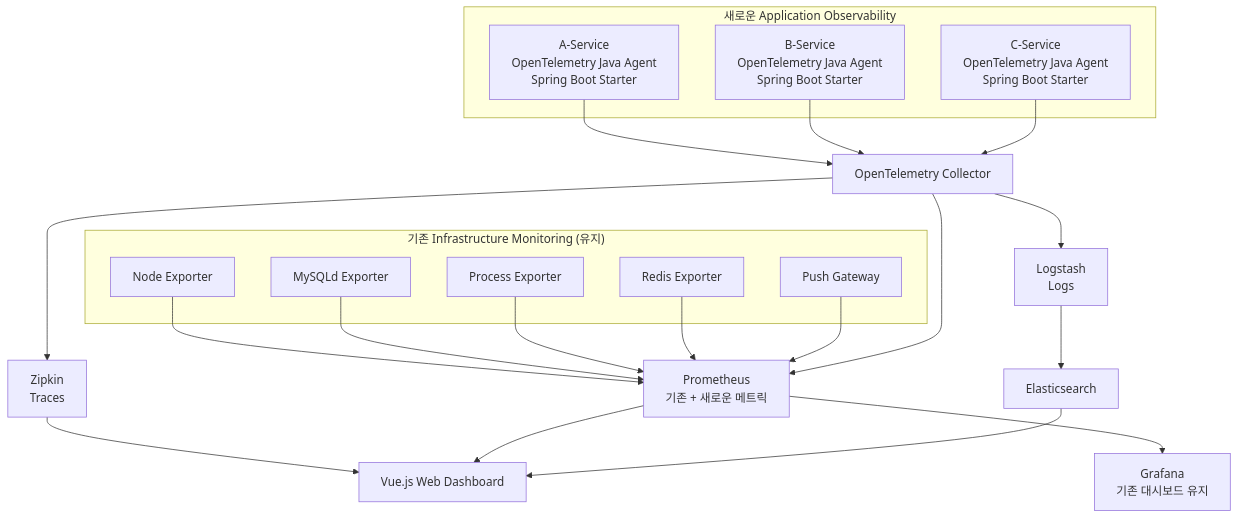
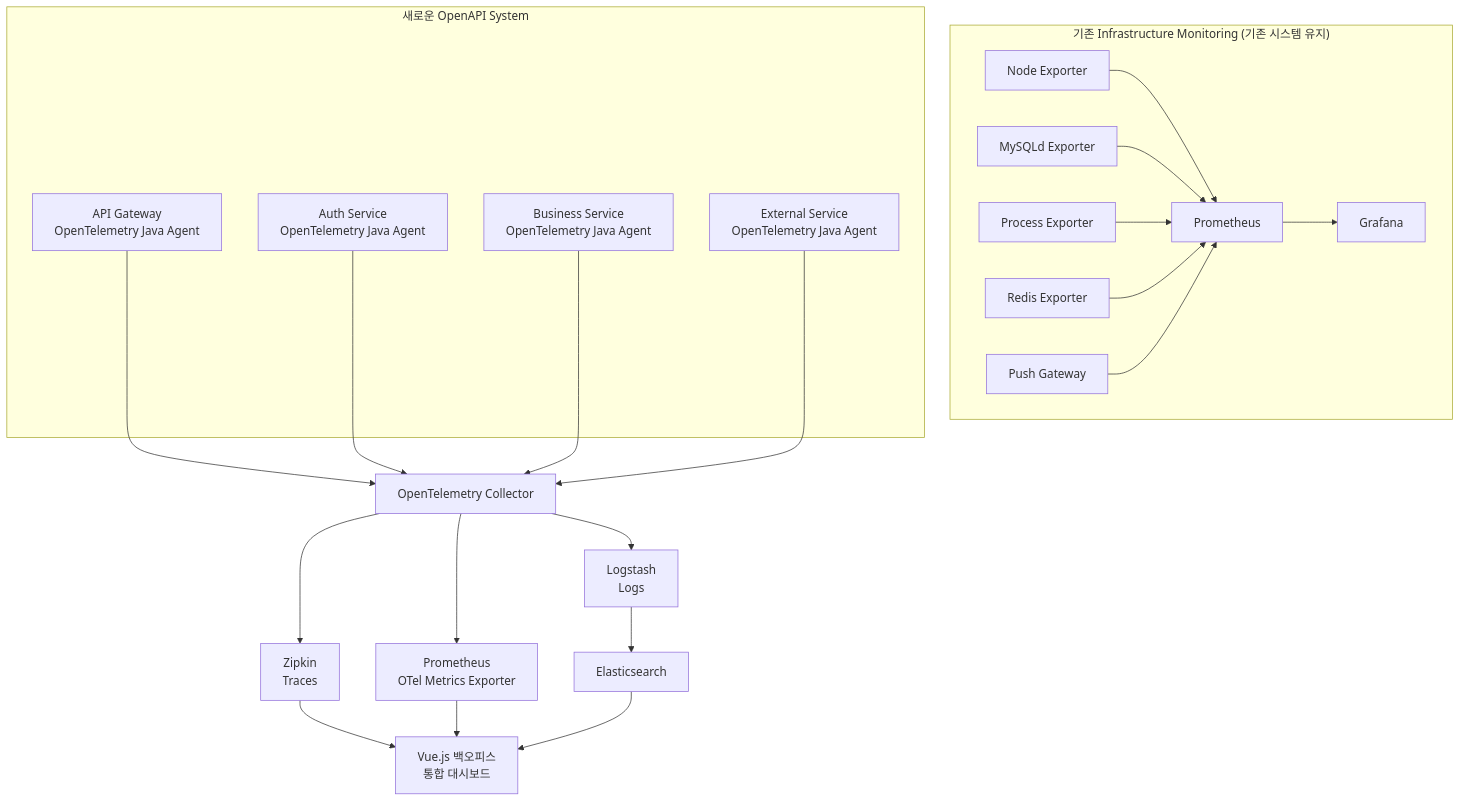
Before and after one commit to jejeeun/blog: the second of 3 diagrams in _posts/2019-08-07-text-and-typography.md, drawn with Mermaid. The commit also changed other lines of this file, not shown here.

````diff
--- a/_posts/2019-08-07-text-and-typography.md
+++ b/_posts/2019-08-07-text-and-typography.md
@@ -89,37 +89,38 @@
 ```mermaid
 graph TB
-    subgraph "기존 Infrastructure Monitoring (유지)"
+    subgraph "기존 Infrastructure Monitoring (기존 시스템 유지)"
         I1[Node Exporter]
-        I2[MySQLd Exporter]
+        I2[MySQLd Exporter] 
         I3[Process Exporter]
         I4[Redis Exporter]
         I5[Push Gateway]
+        I1 --> P1[Prometheus]
+        I2 --> P1
+        I3 --> P1
+        I4 --> P1
+        I5 --> P1
+        P1 --> G1[Grafana]
     end
     
-    subgraph "새로운 Application Observability"
-        A[A-Service<br/>OpenTelemetry Java Agent<br/>Spring Boot Starter]
-        B[B-Service<br/>OpenTelemetry Java Agent<br/>Spring Boot Starter]
-        C[C-Service<br/>OpenTelemetry Java Agent<br/>Spring Boot Starter]
+    subgraph "새로운 OpenAPI System"
+        A[API Gateway<br/>OpenTelemetry Java Agent]
+        B[Auth Service<br/>OpenTelemetry Java Agent]
+        C[Business Service<br/>OpenTelemetry Java Agent]
+        D[External Service<br/>OpenTelemetry Java Agent]
     end
     
-    I1 --> P[Prometheus<br/>기존 + 새로운 메트릭]
-    I2 --> P
-    I3 --> P
-    I4 --> P
-    I5 --> P
+    A --> OC[OpenTelemetry Collector]
+    B --> OC
+    C --> OC  
+    D --> OC
     
-    A --> D[OpenTelemetry Collector]
-    B --> D
-    C --> D
+    OC --> Z[Zipkin<br/>Traces]
+    OC --> P2[Prometheus<br/>OTel Metrics Exporter]
+    OC --> L[Logstash<br/>Logs]
     
-    D --> E[Zipkin<br/>Traces]
-    D --> P
-    D --> G[Logstash<br/>Logs]
+    L --> E[Elasticsearch]
     
-    G --> H[Elasticsearch]
-    
-    E --> J[Vue.js Web Dashboard]
-    P --> K[Grafana<br/>기존 대시보드 유지]
-    P --> J
-    H --> J
+    Z --> V[Vue.js 백오피스<br/>통합 대시보드]
+    P2 --> V
+    E --> V
 ```
````
